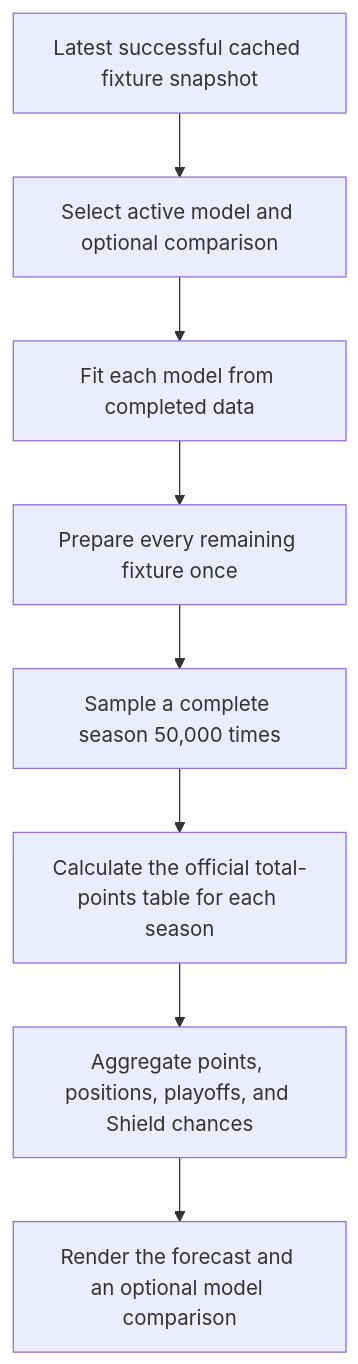
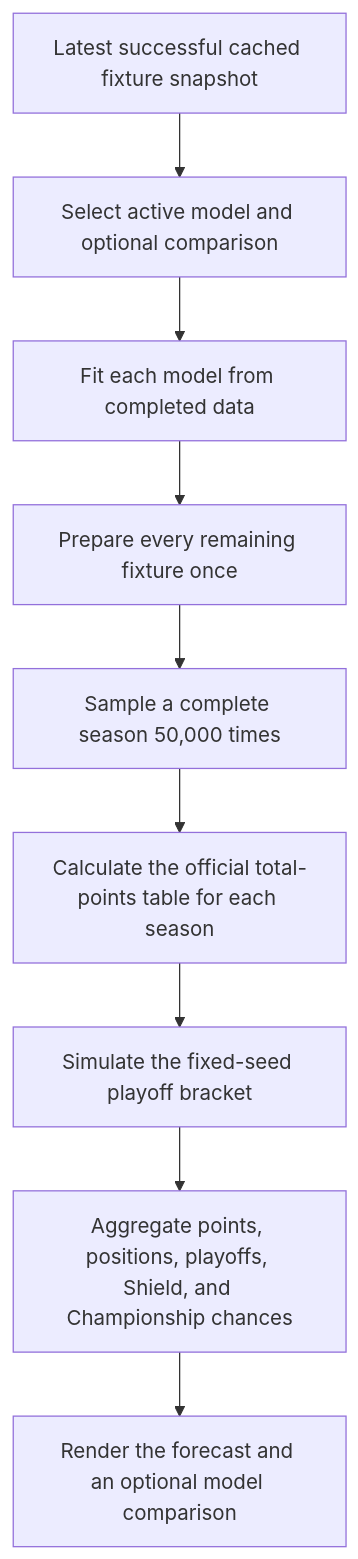
The first of 2 diagrams in docs/forecast-lab-guide.md (jrduncans/nwsl-season), drawn with Mermaid before and after one commit. The commit also changed other lines of this file and 12 other files, not shown here.

Commit message:
Add championship odds to forecast (#89)

````diff
--- a/docs/forecast-lab-guide.md
+++ b/docs/forecast-lab-guide.md
@@ -29,10 +30,11 @@
 ```mermaid
 flowchart TD
     A["Latest successful cached fixture snapshot"] --> B["Select active model and optional comparison"]
     B --> C["Fit each model from completed data"]
     C --> D["Prepare every remaining fixture once"]
     D --> E["Sample a complete season 50,000 times"]
     E --> F["Calculate the official total-points table for each season"]
-    F --> G["Aggregate points, positions, playoffs, and Shield chances"]
-    G --> H["Render the forecast and an optional model comparison"]
+    F --> G["Simulate the fixed-seed playoff bracket"]
+    G --> I["Aggregate points, positions, playoffs, Shield, and Championship chances"]
+    I --> H["Render the forecast and an optional model comparison"]
 ```
````
